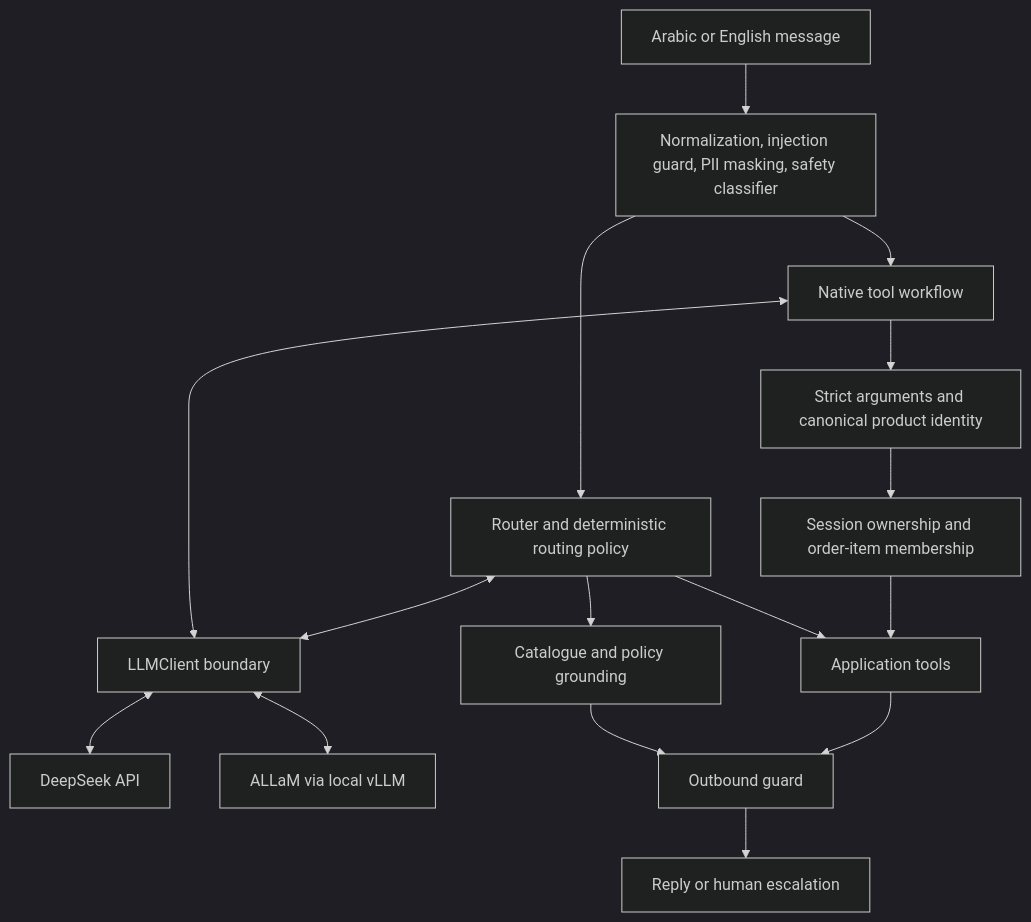
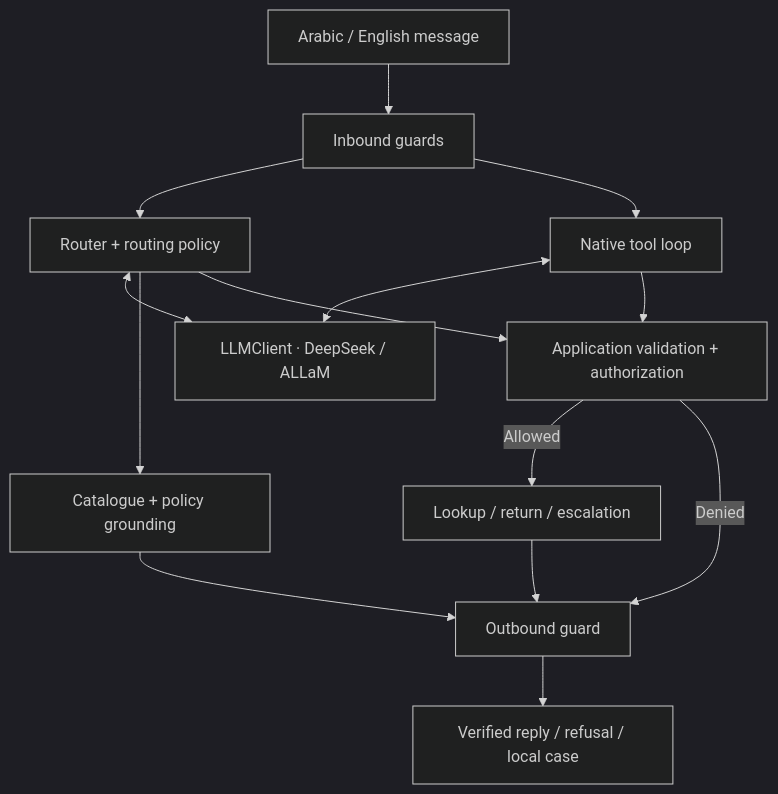
Before and after one commit to Abdulel3h/llm-application-engineering-Raqmi: the diagram in README.md, drawn with Mermaid (dark theme). The commit also changed other lines of this file and 2 other files, not shown here.

Commit message:
docs: present Raqmi as an evidence-backed product case study

````diff
--- a/README.md
+++ b/README.md
@@ -22,18 +53,16 @@
 ```mermaid
 flowchart TD
-    U[Arabic or English message] --> G[Normalization, injection guard, PII masking, safety classifier]
-    G --> R[Router and deterministic routing policy]
-    G --> N[Native tool workflow]
-    R <--> L[LLMClient boundary]
+    U["Arabic / English message"] --> G["Inbound guards"]
+    G --> R["Router + routing policy"]
+    G --> N["Native tool loop"]
+    R <--> L["LLMClient · DeepSeek / ALLaM"]
     N <--> L
-    L <--> D[DeepSeek API]
-    L <--> A[ALLaM via local vLLM]
-    R --> F[Catalogue and policy grounding]
-    N --> V[Strict arguments and canonical product identity]
-    V --> S[Session ownership and order-item membership]
-    S --> T[Application tools]
-    R --> T
-    T --> O[Outbound guard]
+    R --> F["Catalogue + policy grounding"]
+    R --> V["Application validation + authorization"]
+    N --> V
+    V -->|"Allowed"| T["Lookup / return / escalation"]
+    V -->|"Denied"| O["Outbound guard"]
+    T --> O
     F --> O
-    O --> Q[Reply or human escalation]
+    O --> Q["Verified reply / refusal / local case"]
 ```
````
